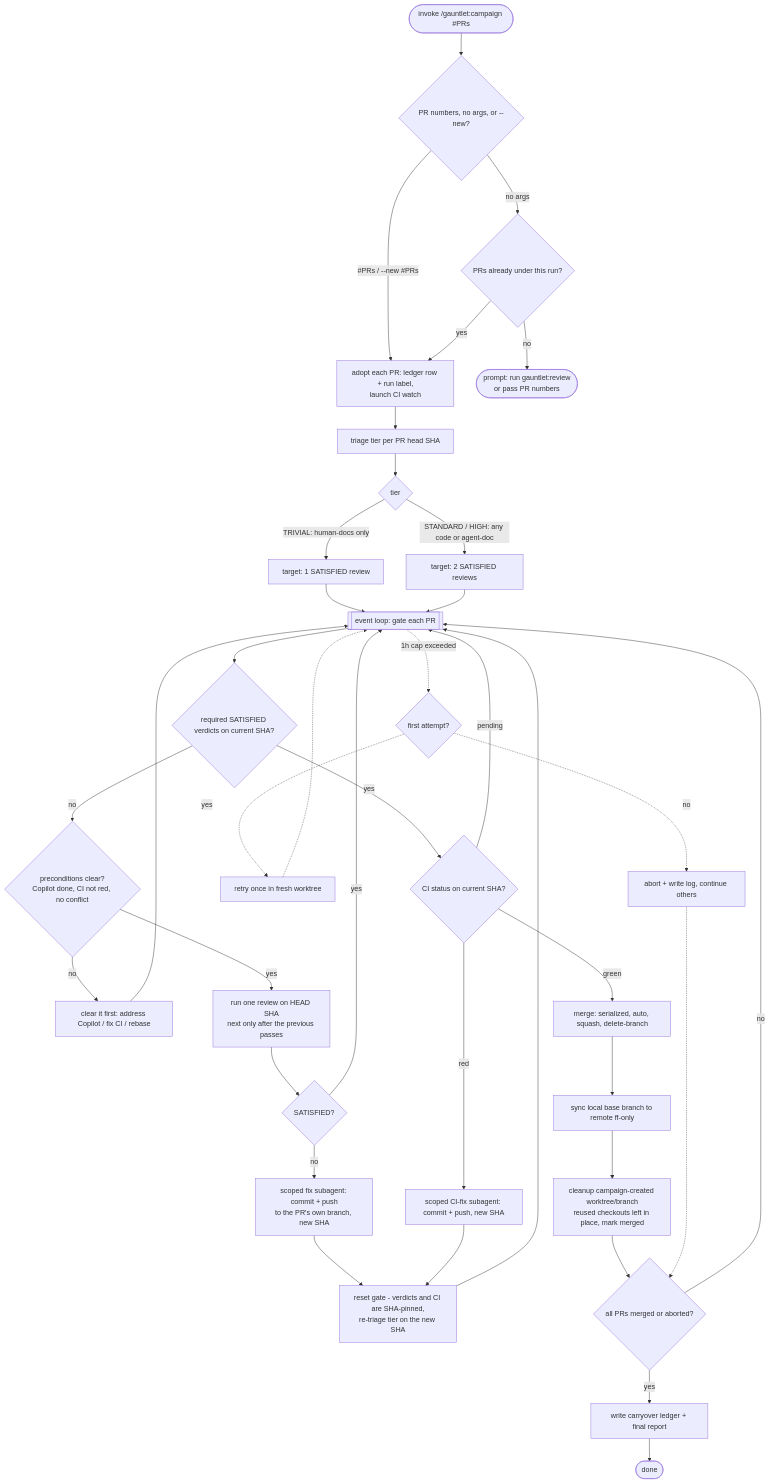
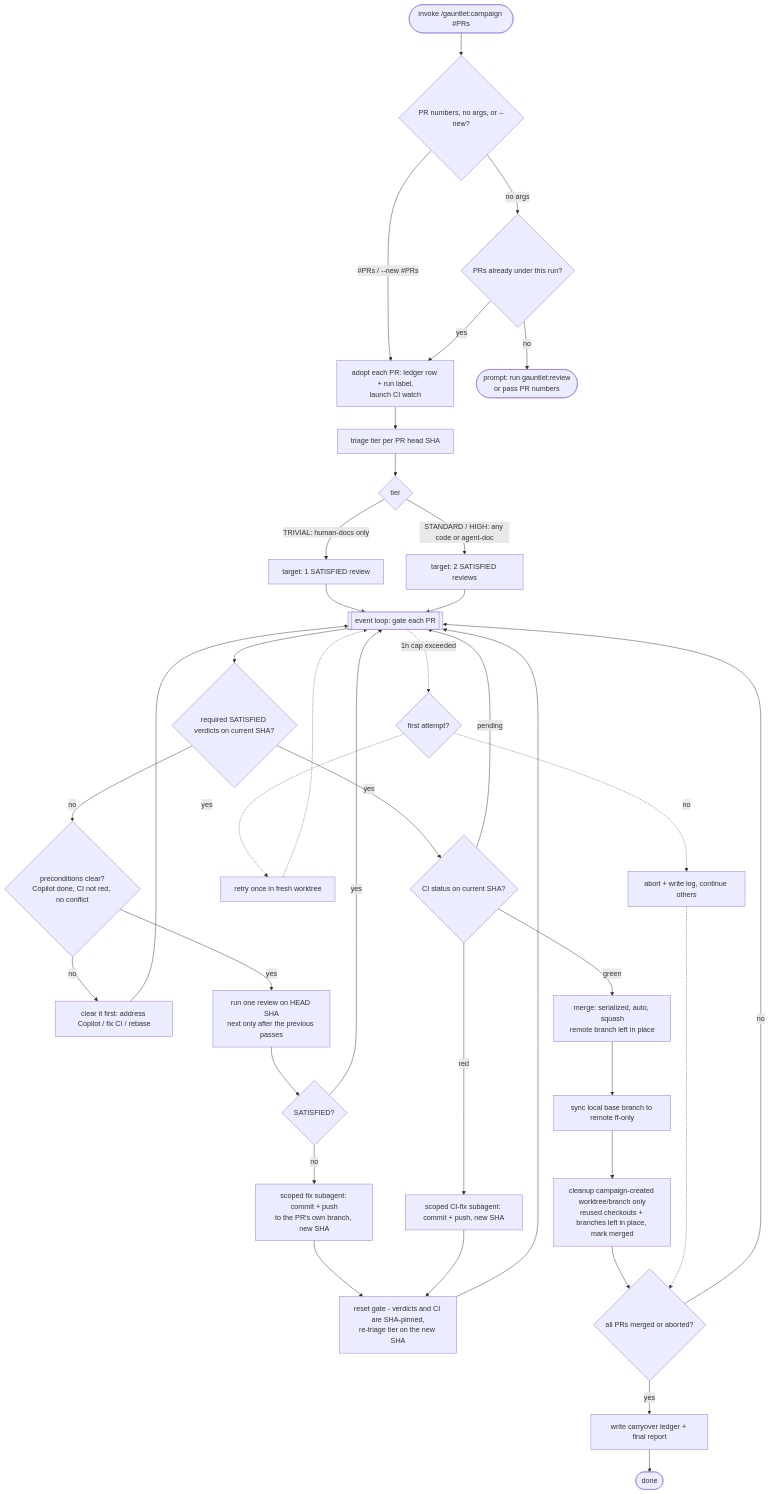
One commit to lestrrat-ai/claude-code-plugins changed the diagram in plugins/gauntlet/skills/campaign/README.md. Above: the diagram before and after it, drawn with Mermaid. The commit also changed other lines of this file and 3 other files, not shown here.

Commit message:
never delete user-owned branches; add branch_owned marker

````diff
--- a/plugins/gauntlet/skills/campaign/README.md
+++ b/plugins/gauntlet/skills/campaign/README.md
@@ -105,40 +107,40 @@
 ```mermaid
 flowchart TD
     A(["invoke /gauntlet:campaign #PRs"]) --> B{PR numbers, no args, or --new?}
     B -- "#PRs / --new #PRs" --> C[adopt each PR: ledger row + run label,<br/>launch CI watch]
     B -- "no args" --> D{PRs already under this run?}
     D -- yes --> C
     D -- no --> E([prompt: run gauntlet:review<br/>or pass PR numbers])
     C --> F[triage tier per PR head SHA]
     F --> G{tier}
     G -- "TRIVIAL: human-docs only" --> H[target: 1 SATISFIED review]
     G -- "STANDARD / HIGH: any code or agent-doc" --> I[target: 2 SATISFIED reviews]
     H --> M[[event loop: gate each PR]]
     I --> M
 
     M --> N{required SATISFIED verdicts on current SHA?}
     N -- no --> PC{preconditions clear?<br/>Copilot done, CI not red, no conflict}
     PC -- no --> PCF[clear it first: address Copilot / fix CI / rebase] --> M
     PC -- yes --> O[run one review on HEAD SHA<br/>next only after the previous passes]
     O --> P{SATISFIED?}
     P -- no --> Q[scoped fix subagent: commit + push<br/>to the PR's own branch, new SHA]
     P -- yes --> M
     N -- yes --> R{CI status on current SHA?}
     R -- red --> S[scoped CI-fix subagent: commit + push, new SHA]
     R -- pending --> M
     Q --> T[reset gate - verdicts and CI are SHA-pinned,<br/>re-triage tier on the new SHA]
     S --> T
     T --> M
-    R -- green --> U[merge: serialized, auto, squash, delete-branch]
+    R -- green --> U[merge: serialized, auto, squash<br/>remote branch left in place]
     U --> U2[sync local base branch to remote ff-only]
-    U2 --> V[cleanup campaign-created worktree/branch<br/>reused checkouts left in place, mark merged]
+    U2 --> V[cleanup campaign-created worktree/branch only<br/>reused checkouts + branches left in place, mark merged]
     V --> W{all PRs merged or aborted?}
     W -- no --> M
     W -- yes --> X[write carryover ledger + final report] --> X2([done])
 
     M -. 1h cap exceeded .-> Y{first attempt?}
     Y -. yes .-> Z[retry once in fresh worktree]
     Z -.-> M
     Y -. no .-> AA[abort + write log, continue others]
     AA -.-> W
 ```
````
